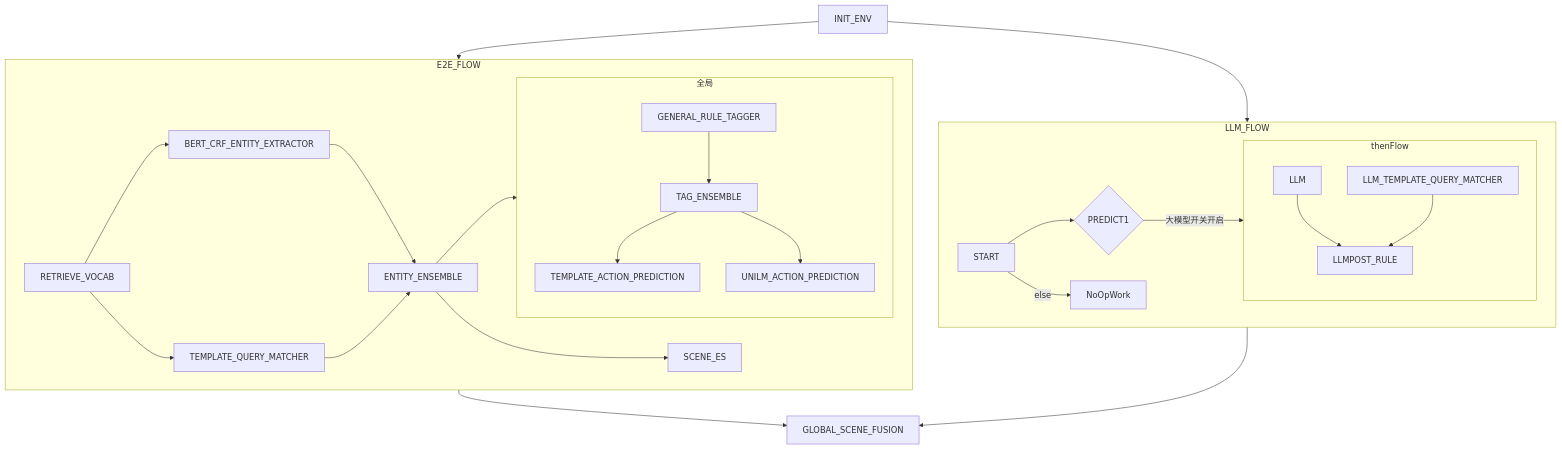
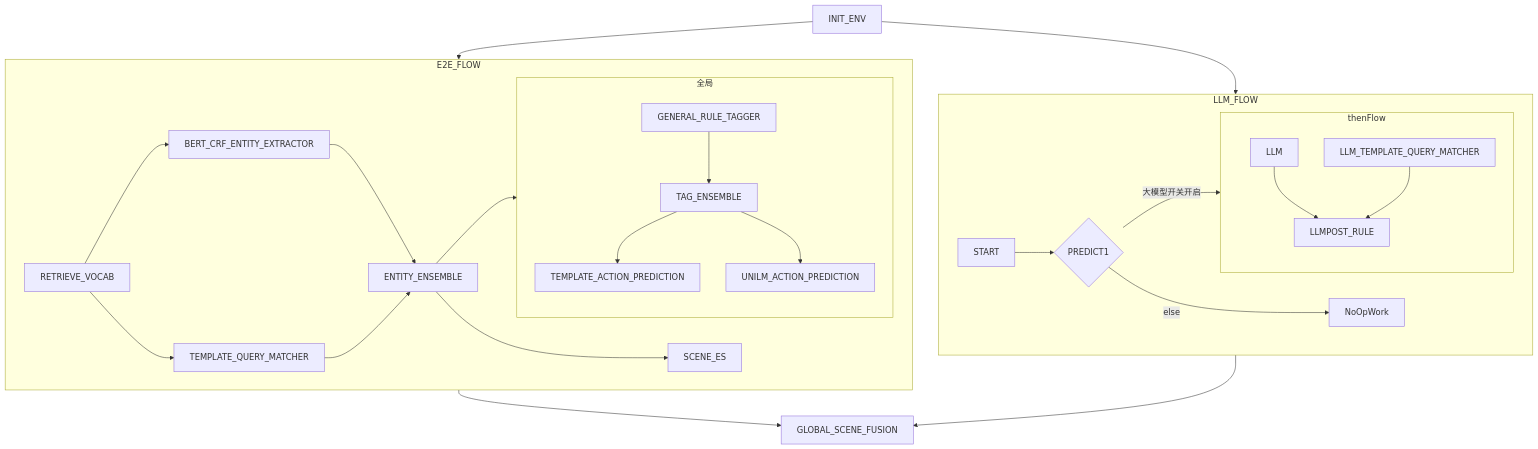
The tenth of 10 diagrams in README.md (tenderne13/hello-easy-flow-bpmn), drawn with Mermaid before and after one commit. The commit also changed other lines of this file, not shown here.

````diff
--- a/README.md
+++ b/README.md
@@ -578,36 +578,36 @@
 ```mermaid
 flowchart TD
     subgraph E2E_FLOW
         RETRIEVE_VOCAB --> BERT_CRF_ENTITY_EXTRACTOR
         RETRIEVE_VOCAB --> TEMPLATE_QUERY_MATCHER
         BERT_CRF_ENTITY_EXTRACTOR --> ENTITY_ENSEMBLE
         TEMPLATE_QUERY_MATCHER --> ENTITY_ENSEMBLE
 
         subgraph "全局"
             direction TB
             GENERAL_RULE_TAGGER --> TAG_ENSEMBLE
             TAG_ENSEMBLE --> TEMPLATE_ACTION_PREDICTION
             TAG_ENSEMBLE --> UNILM_ACTION_PREDICTION
         end
 
         ENTITY_ENSEMBLE --> 全局
         ENTITY_ENSEMBLE --> SCENE_ES
     end
 
     subgraph LLM_FLOW
         START --> PREDICT1{PREDICT1}
         PREDICT1 -- 大模型开关开启 --> thenFlow
-        START -- else --> NoOpWork
+        PREDICT1 -- else --> NoOpWork
 
         subgraph thenFlow
             direction TB
             LLM --> LLMPOST_RULE
             LLM_TEMPLATE_QUERY_MATCHER --> LLMPOST_RULE
         end
     end
 
     INIT_ENV --> LLM_FLOW
     INIT_ENV --> E2E_FLOW
     E2E_FLOW --> GLOBAL_SCENE_FUSION
     LLM_FLOW --> GLOBAL_SCENE_FUSION
 ```
````
